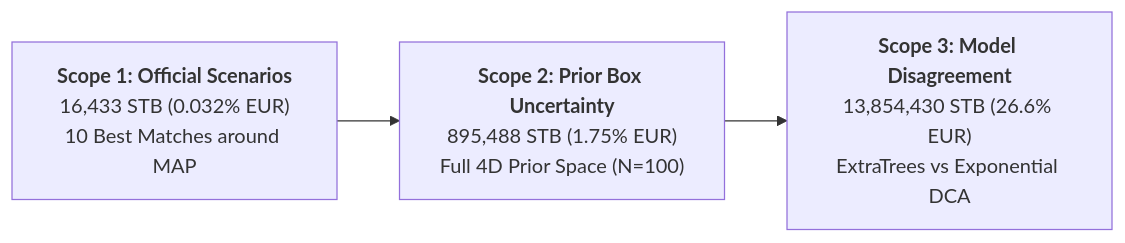
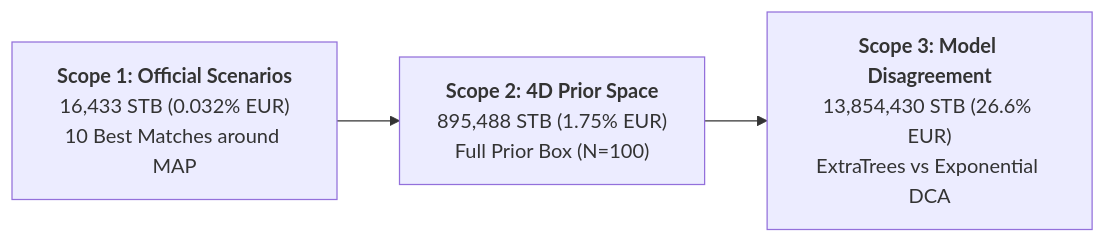
Before and after one commit to tngkuanas/mwap-exdw-surrogate-model: the second of 2 diagrams in PRESENTATION_RESEARCH_HISTORY.md, drawn with Mermaid. The commit also changed other lines of this file, not shown here.

````diff
--- a/PRESENTATION_RESEARCH_HISTORY.md
+++ b/PRESENTATION_RESEARCH_HISTORY.md
@@ -397,5 +467,5 @@
 ```mermaid
 flowchart LR
-    A["<b>Scope 1: Official Scenarios</b><br>16,433 STB (0.032% EUR)<br>10 Best Matches around MAP"] --> B["<b>Scope 2: Prior Box Uncertainty</b><br>895,488 STB (1.75% EUR)<br>Full 4D Prior Space (N=100)"]
+    A["<b>Scope 1: Official Scenarios</b><br>16,433 STB (0.032% EUR)<br>10 Best Matches around MAP"] --> B["<b>Scope 2: 4D Prior Space</b><br>895,488 STB (1.75% EUR)<br>Full Prior Box (N=100)"]
     B --> C["<b>Scope 3: Model Disagreement</b><br>13,854,430 STB (26.6% EUR)<br>ExtraTrees vs Exponential DCA"]
 ```
````
